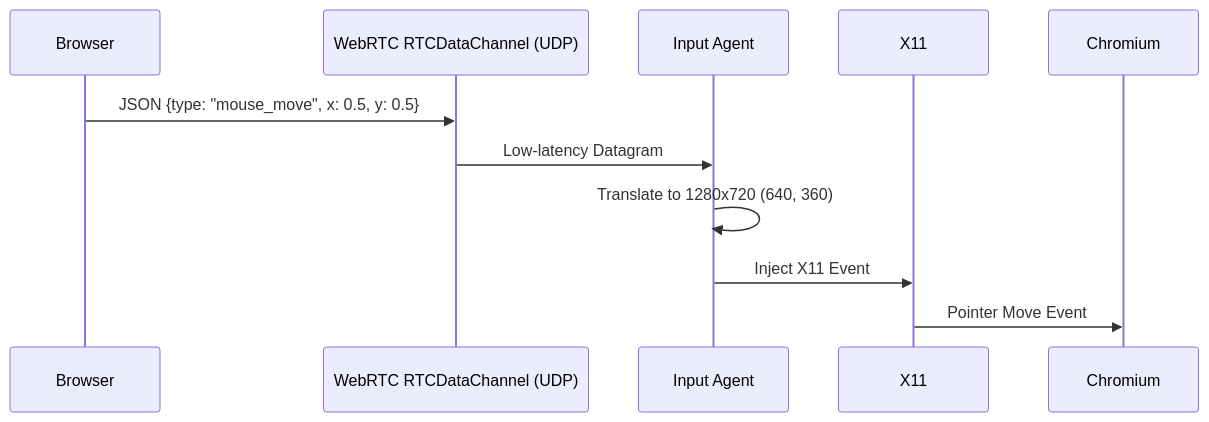
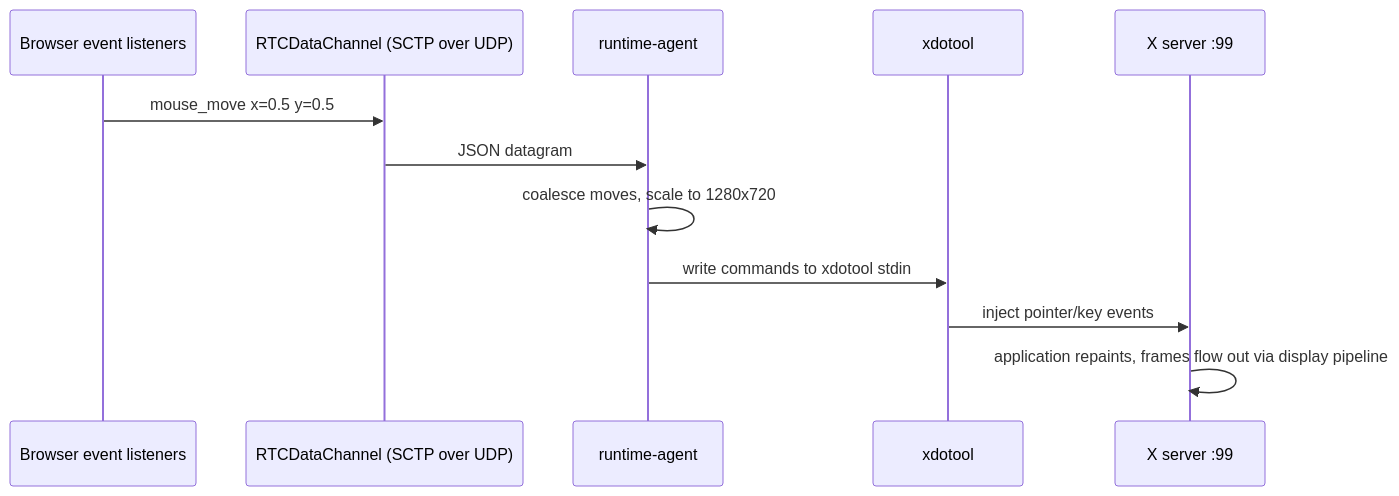
Before and after one commit to Rahulwagh07/orbit: the eighth of 12 diagrams in docs/architecture.md, drawn with Mermaid. The commit also changed other lines of this file, not shown here.

Commit message:
docs(architecture): rewrite architecture doc to match current codebase and fix mermaid diagrams

````diff
--- a/docs/architecture.md
+++ b/docs/architecture.md
@@ -136,13 +245,15 @@
 ```mermaid
 sequenceDiagram
-    participant Browser as Browser
-    participant RTCDataChannel as WebRTC RTCDataChannel (UDP)
-    participant InputAgent as Input Agent
-    participant X11
+    participant B as Browser event listeners
+    participant DC as RTCDataChannel (SCTP over UDP)
+    participant A as runtime-agent
+    participant X as xdotool
+    participant S as X server :99
 
-    Browser->>RTCDataChannel: JSON {type: "mouse_move", x: 0.5, y: 0.5}
-    RTCDataChannel->>InputAgent: Low-latency Datagram
-    InputAgent->>InputAgent: Translate to 1280x720 (640, 360)
-    InputAgent->>X11: Inject X11 Event
-    X11->>Chromium: Pointer Move Event
+    B->>DC: mouse_move x=0.5 y=0.5
+    DC->>A: JSON datagram
+    A->>A: coalesce moves, scale to 1280x720
+    A->>X: write commands to xdotool stdin
+    X->>S: inject pointer/key events
+    S->>S: application repaints, frames flow out via display pipeline
 ```
````
